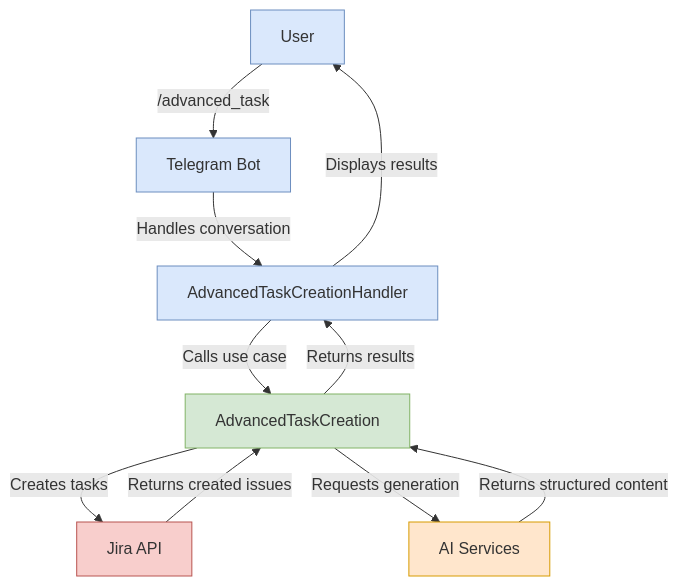
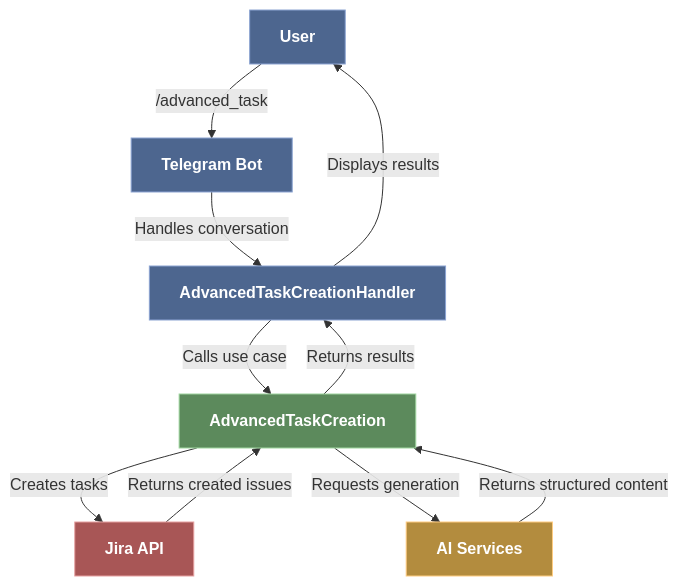
Before and after one commit to alikaz3mi/jira-telegram-bot: the first of 2 diagrams in docs/advanced_task_creation_flow.md, drawn with Mermaid. The commit also changed 33 other files, not shown here.

````diff
--- a/docs/advanced_task_creation_flow.md
+++ b/docs/advanced_task_creation_flow.md
@@ -59,22 +59,23 @@
 ```mermaid
 graph TD
-    User[User] -->|/advanced_task| TelegramBot[Telegram Bot]
-    TelegramBot -->|Handles conversation| Handler[AdvancedTaskCreationHandler]
-    Handler -->|Calls use case| UseCase[AdvancedTaskCreation]
-    UseCase -->|Creates tasks| Jira[Jira API]
-    UseCase -->|Requests generation| AI[AI Services]
-    AI -->|Returns structured content| UseCase
-    Jira -->|Returns created issues| UseCase
-    UseCase -->|Returns results| Handler
-    Handler -->|Displays results| User
-    
-    classDef framework fill:#dae8fc,stroke:#6c8ebf;
-    classDef usecase fill:#d5e8d4,stroke:#82b366;
-    classDef external fill:#f8cecc,stroke:#b85450;
-    classDef ai fill:#ffe6cc,stroke:#d79b00;
-    
-    class User,TelegramBot,Handler framework;
-    class UseCase usecase;
-    class Jira external;
-    class AI ai;
+   User[User] -->|/advanced_task| TelegramBot[Telegram Bot]
+   TelegramBot -->|Handles conversation| Handler[AdvancedTaskCreationHandler]
+   Handler -->|Calls use case| UseCase[AdvancedTaskCreation]
+   UseCase -->|Creates tasks| Jira[Jira API]
+   UseCase -->|Requests generation| AI[AI Services]
+   AI -->|Returns structured content| UseCase
+   Jira -->|Returns created issues| UseCase
+   UseCase -->|Returns results| Handler
+   Handler -->|Displays results| User
+   
+   %% Styling with better fonts and improved colors
+   classDef framework fill:#4d668f,stroke:#8ba3d2,color:#ffffff,font-family:Arial,font-weight:bold;
+   classDef usecase fill:#5c8a5c,stroke:#9ed49e,color:#ffffff,font-family:Arial,font-weight:bold;
+   classDef external fill:#a85656,stroke:#e6a0a0,color:#ffffff,font-family:Arial,font-weight:bold;
+   classDef ai fill:#b38c3e,stroke:#ffcc80,color:#ffffff,font-family:Arial,font-weight:bold;
+   
+   class User,TelegramBot,Handler framework;
+   class UseCase usecase;
+   class Jira external;
+   class AI ai;
 ```
````
